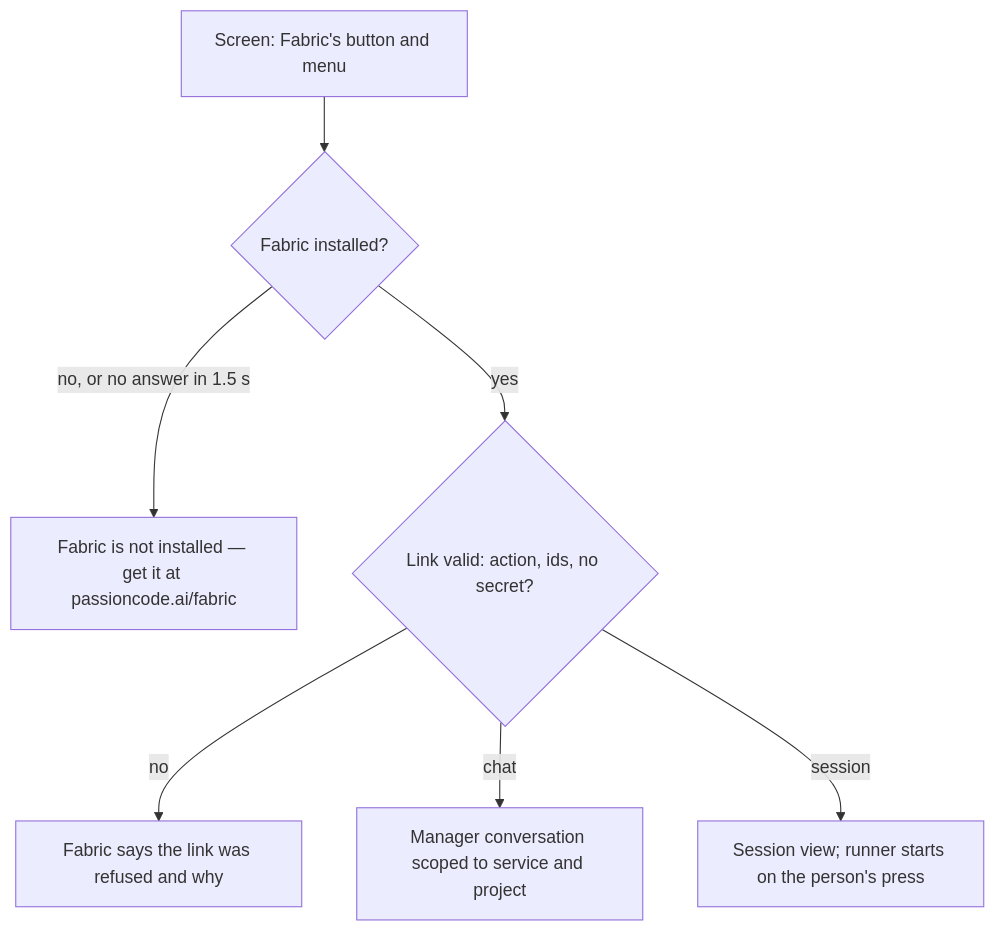
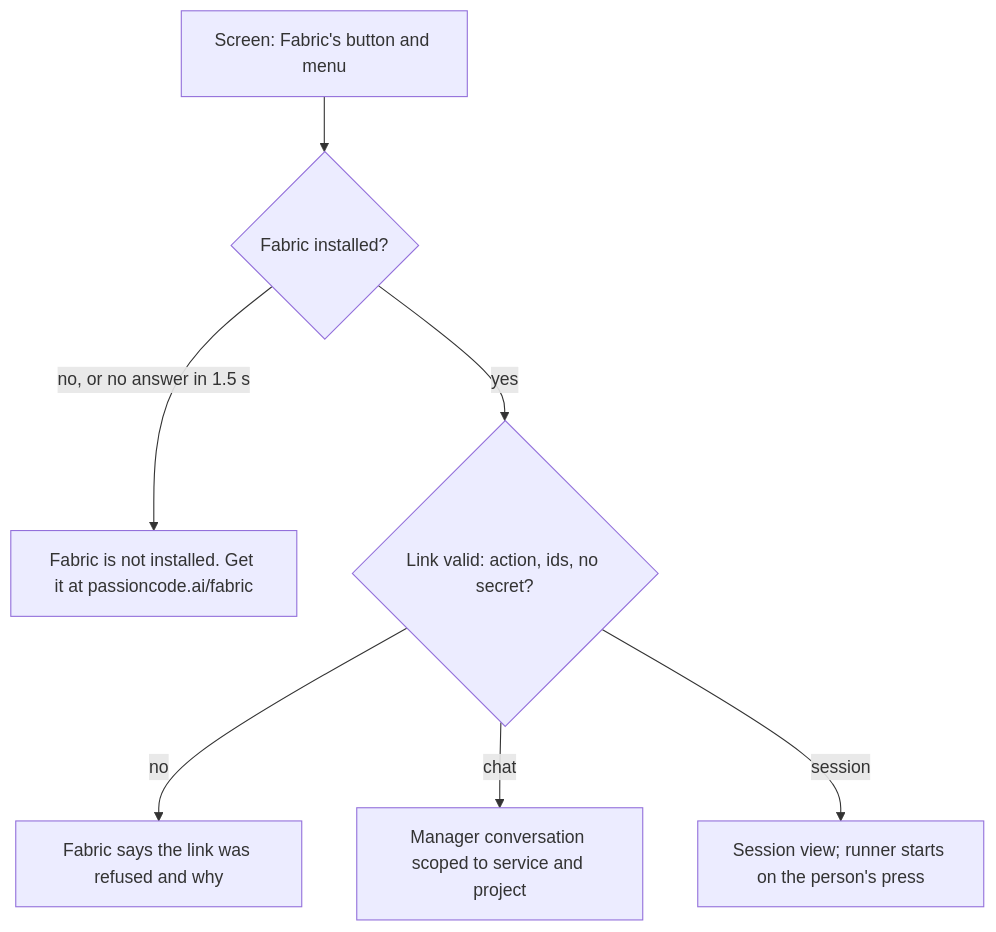
One commit to passioncode-ai/fabric-agent-contract changed the ninth of 30 diagrams in docs/ux/flows.md. Above: the diagram before and after it, drawn with Mermaid. The commit also changed 7 other files, not shown here.

````diff
--- a/docs/ux/flows.md
+++ b/docs/ux/flows.md
@@ -234,9 +234,9 @@
 ```mermaid
 flowchart TD
   B[Screen: Fabric's button and menu] --> C{Fabric installed?}
-  C -->|no, or no answer in 1.5 s| N[Fabric is not installed — get it at passioncode.ai/fabric]
+  C -->|no, or no answer in 1.5 s| N[Fabric is not installed. Get it at passioncode.ai/fabric]
   C -->|yes| L{Link valid: action, ids, no secret?}
   L -->|no| R[Fabric says the link was refused and why]
   L -->|chat| T[Manager conversation scoped to service and project]
   L -->|session| S[Session view; runner starts on the person's press]
 ```
````
